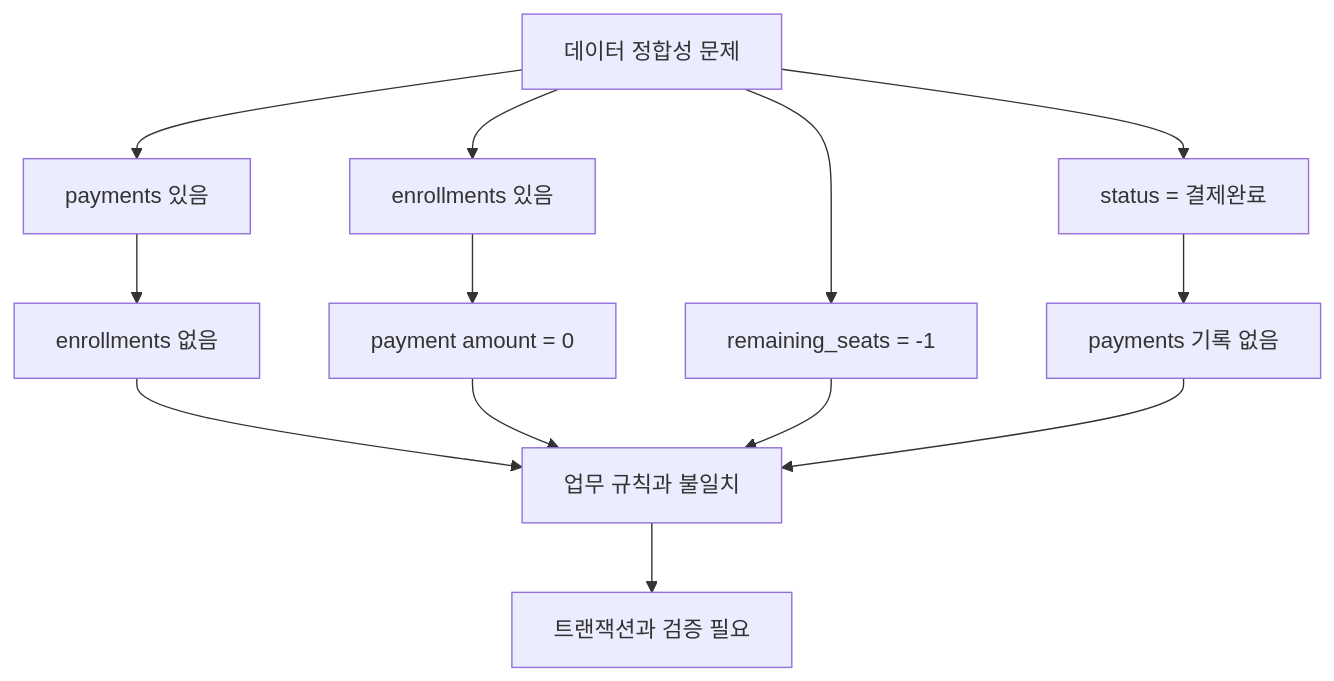
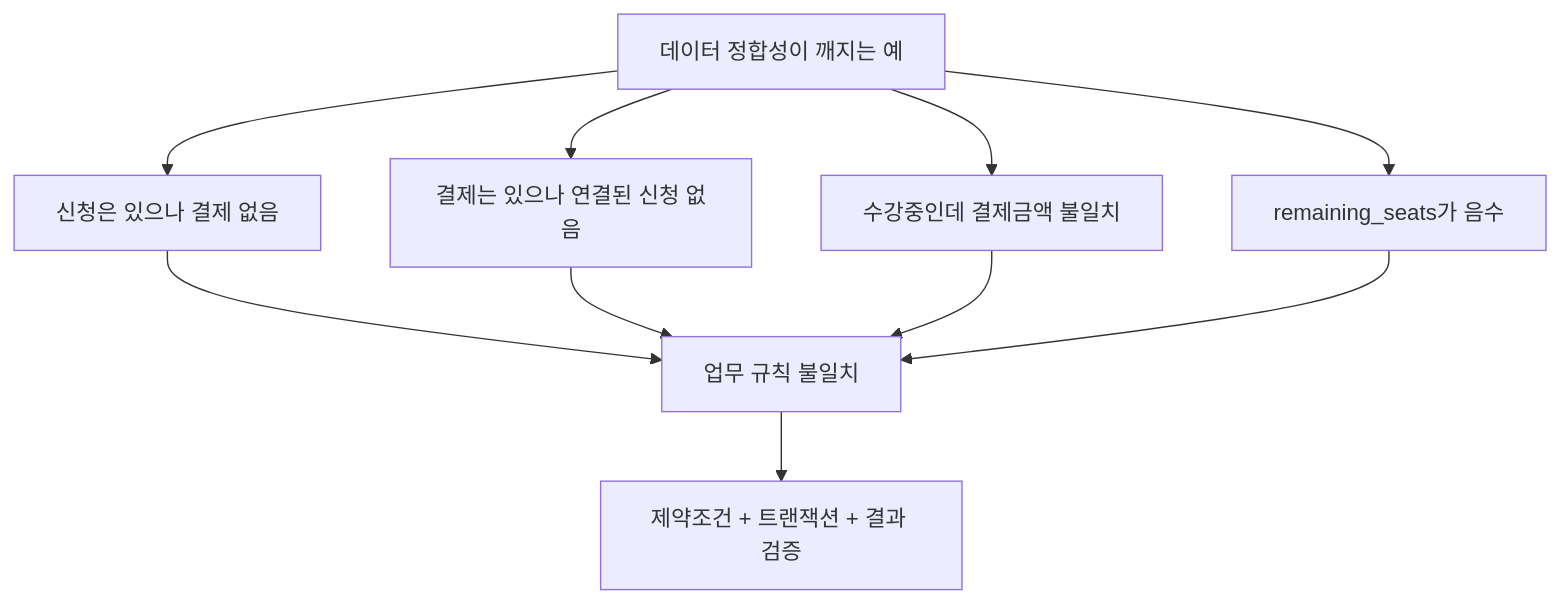
Before and after one commit to GilbertMoon/ai-database-book: the diagram in images/chapter09/ch09_03_consistency_problem_examples.mmd, drawn with Mermaid.

Commit message:
Simplify Chapter 09 consistency examples Mermaid

```diff
--- a/images/chapter09/ch09_03_consistency_problem_examples.mmd
+++ b/images/chapter09/ch09_03_consistency_problem_examples.mmd
@@ -1,19 +1,11 @@
 flowchart TB
-    A[데이터 정합성 문제]
-
-    A --> B[payments 있음]
-    B --> B1[enrollments 없음]
-    B1 --> Z[업무 규칙과 불일치]
-
-    A --> C[enrollments 있음]
-    C --> C1[payment amount = 0]
-    C1 --> Z
-
-    A --> D[remaining_seats = -1]
-    D --> Z
-
-    A --> E[status = 결제완료]
-    E --> E1[payments 기록 없음]
-    E1 --> Z
-
-    Z --> F[트랜잭션과 검증 필요]
+    A[데이터 정합성이 깨지는 예]
+    A --> B[신청은 있으나 결제 없음]
+    A --> C[결제는 있으나 연결된 신청 없음]
+    A --> D[수강중인데 결제금액 불일치]
+    A --> E[remaining_seats가 음수]
+    B --> F[업무 규칙 불일치]
+    C --> F
+    D --> F
+    E --> F
+    F --> G[제약조건 + 트랜잭션 + 결과 검증]
```
